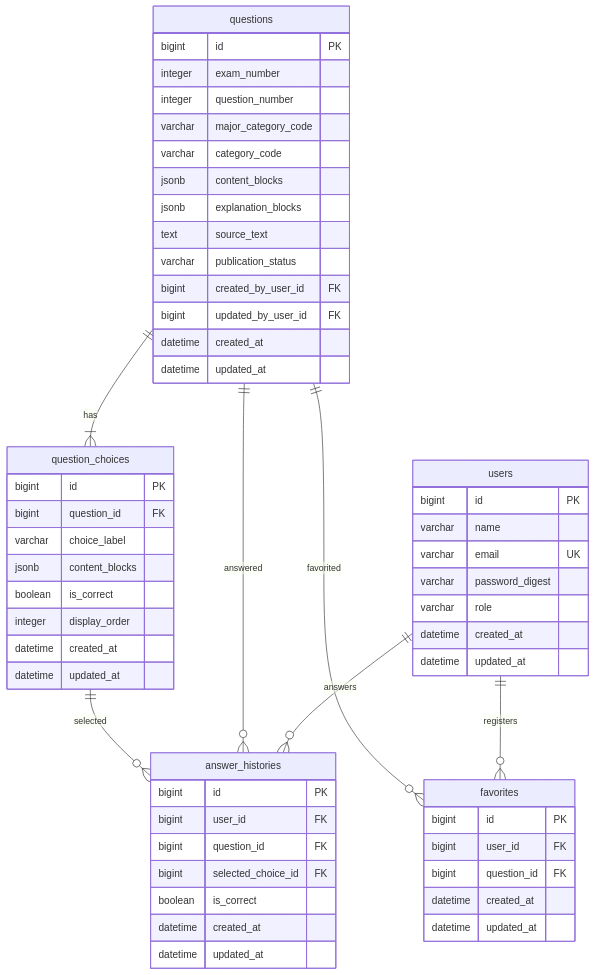
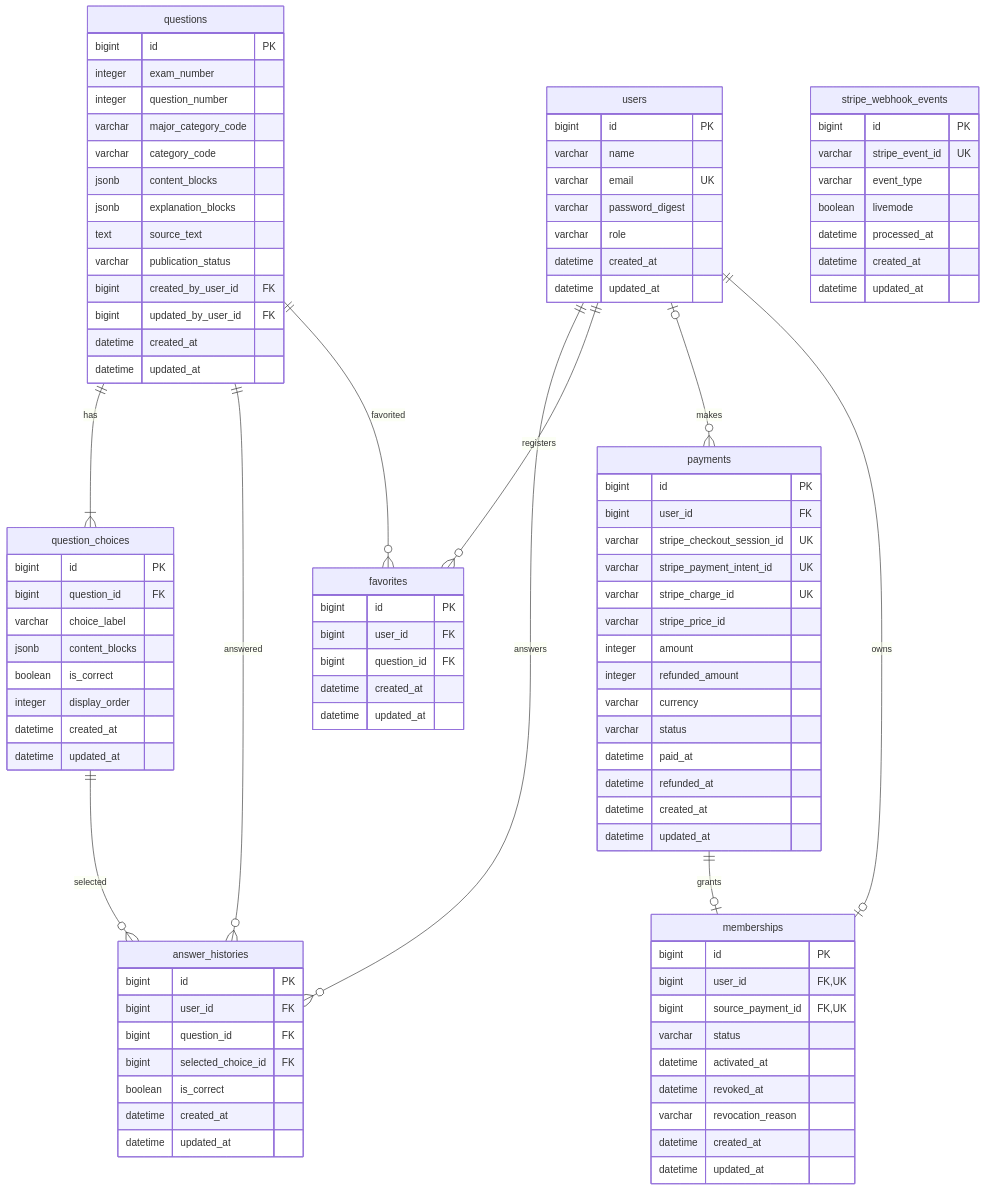
One commit to misato729/TQCE-info-practice changed the diagram in document/DB設計.md. Above: the diagram before and after it, drawn with Mermaid. The commit also changed other lines of this file and 3 other files, not shown here.

Commit message:
docs: add Stripe paid membership design

````diff
--- a/document/DB設計.md
+++ b/document/DB設計.md
@@ -35,6 +38,9 @@
 erDiagram
     users ||--o{ answer_histories : answers
     users ||--o{ favorites : registers
+    users o|--o{ payments : makes
+    users ||--o| memberships : owns
+    payments ||--o| memberships : grants
     questions ||--|{ question_choices : has
     questions ||--o{ answer_histories : answered
     questions ||--o{ favorites : favorited
@@ -94,4 +100,43 @@
         datetime created_at
         datetime updated_at
     }
+
+    payments {
+        bigint id PK
+        bigint user_id FK
+        varchar stripe_checkout_session_id UK
+        varchar stripe_payment_intent_id UK
+        varchar stripe_charge_id UK
+        varchar stripe_price_id
+        integer amount
+        integer refunded_amount
+        varchar currency
+        varchar status
+        datetime paid_at
+        datetime refunded_at
+        datetime created_at
+        datetime updated_at
+    }
+
+    memberships {
+        bigint id PK
+        bigint user_id FK,UK
+        bigint source_payment_id FK,UK
+        varchar status
+        datetime activated_at
+        datetime revoked_at
+        varchar revocation_reason
+        datetime created_at
+        datetime updated_at
+    }
+
+    stripe_webhook_events {
+        bigint id PK
+        varchar stripe_event_id UK
+        varchar event_type
+        boolean livemode
+        datetime processed_at
+        datetime created_at
+        datetime updated_at
+    }
 ```
````
